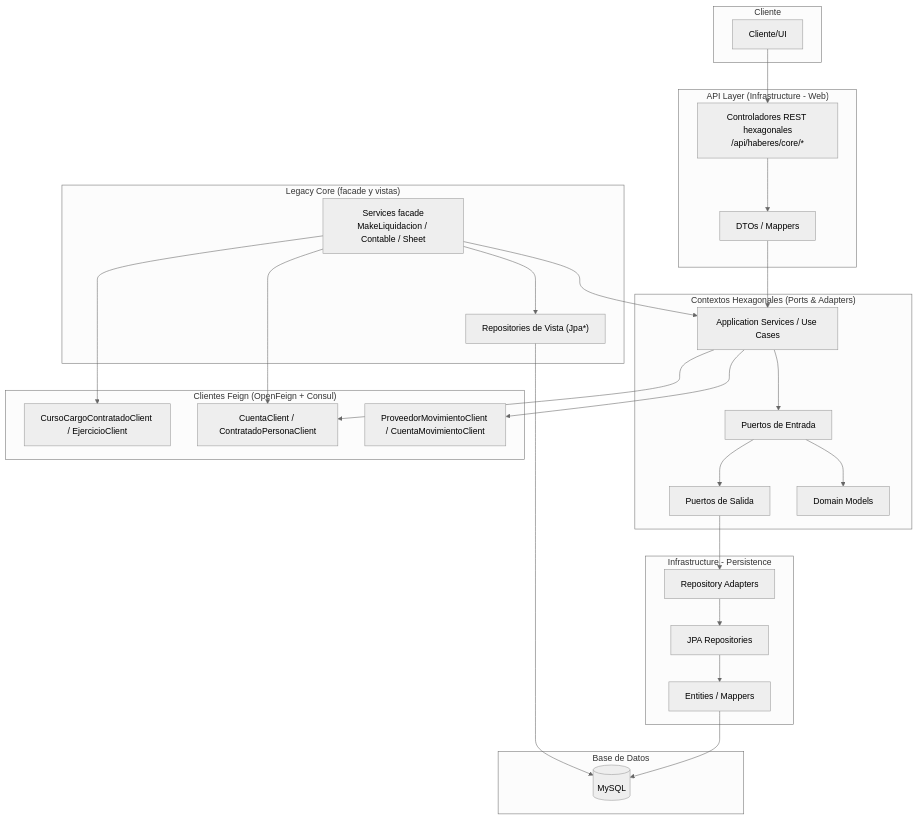
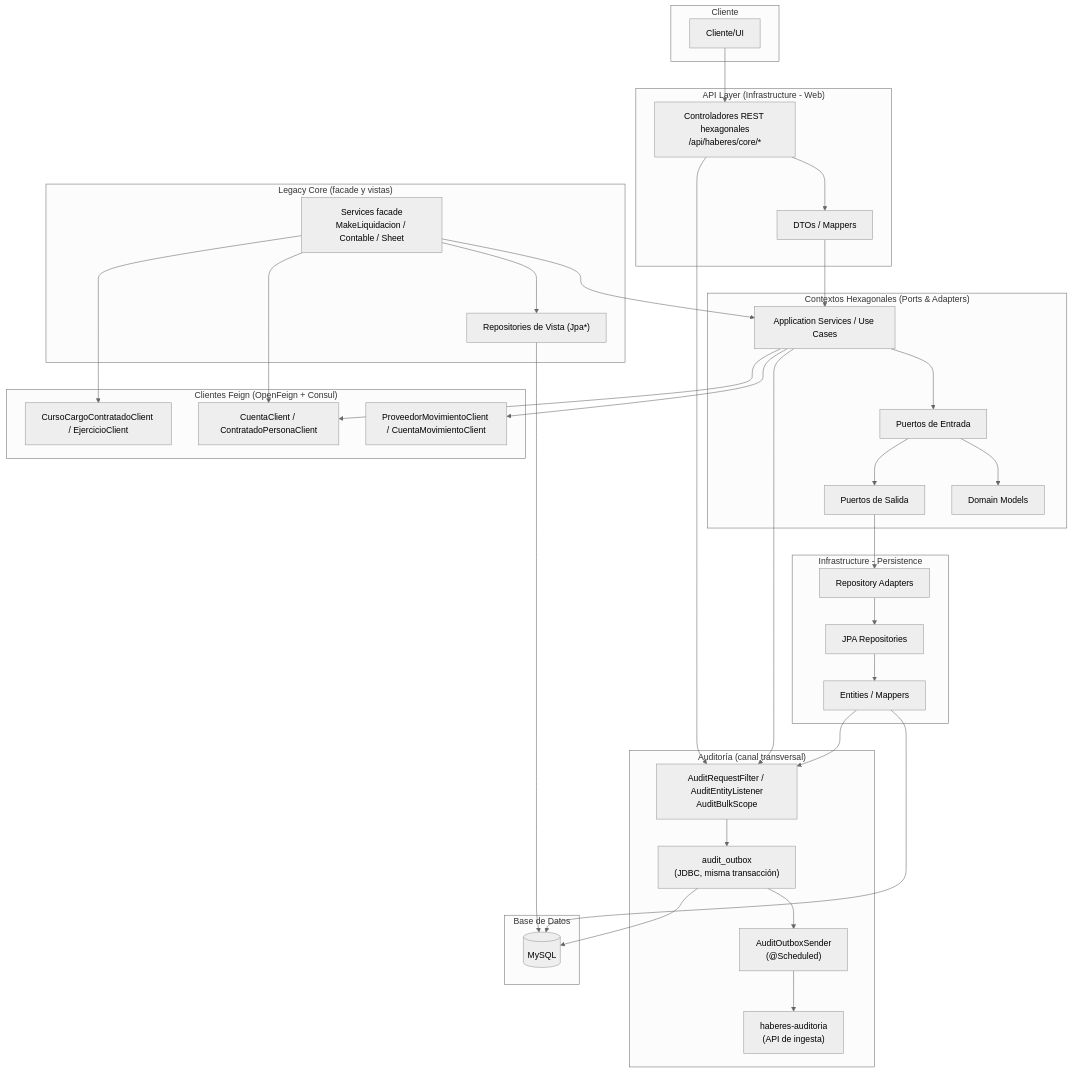
One commit to UM-services/UM.haberes.core-service changed the diagram in docs/diagrams/arquitectura-general.mmd. Above: the diagram before and after it, drawn with Mermaid (neutral theme). The commit also changed 79 other files, not shown here.

```diff
--- a/docs/diagrams/arquitectura-general.mmd
+++ b/docs/diagrams/arquitectura-general.mmd
@@ -1,55 +1,69 @@
 graph TD
     subgraph "Cliente"
         A["Cliente/UI"]
     end
 
     subgraph "API Layer (Infrastructure - Web)"
         B["Controladores REST hexagonales<br/>/api/haberes/core/*"]
         C["DTOs / Mappers"]
     end
 
     subgraph "Contextos Hexagonales (Ports & Adapters)"
         D["Application Services / Use Cases"]
         E["Domain Models"]
         F["Puertos de Entrada"]
         G["Puertos de Salida"]
     end
 
     subgraph "Legacy Core (facade y vistas)"
         LQ["Services facade<br/>MakeLiquidacion / Contable / Sheet"]
         LV["Repositories de Vista (Jpa*)"]
     end
 
     subgraph "Infrastructure - Persistence"
         H["Repository Adapters"]
         I["JPA Repositories"]
         J["Entities / Mappers"]
     end
 
     subgraph "Clientes Feign (OpenFeign + Consul)"
         K["CuentaClient / ContratadoPersonaClient"]
         L["CursoCargoContratadoClient / EjercicioClient"]
         M["ProveedorMovimientoClient / CuentaMovimientoClient"]
     end
 
     subgraph "Base de Datos"
         N[(MySQL)]
     end
 
+    subgraph "Auditoría (canal transversal)"
+        AU["AuditRequestFilter / AuditEntityListener<br/>AuditBulkScope"]
+        AO["audit_outbox<br/>(JDBC, misma transacción)"]
+        AS["AuditOutboxSender<br/>(@Scheduled)"]
+        AA["haberes-auditoria<br/>(API de ingesta)"]
+    end
+
     A --> B
     B --> C
     C --> D
     D --> F
     F --> E
     F --> G
     G --> H
     H --> I
     I --> J
     J --> N
+    B --> AU
+    J --> AU
+    D --> AU
+    AU --> AO
+    AO --> AS
+    AO --> N
+    AS --> AA
     LQ --> D
     LQ --> LV
     LV --> N
     LQ --> K
     LQ --> L
     D --> M
     D --> K
```
